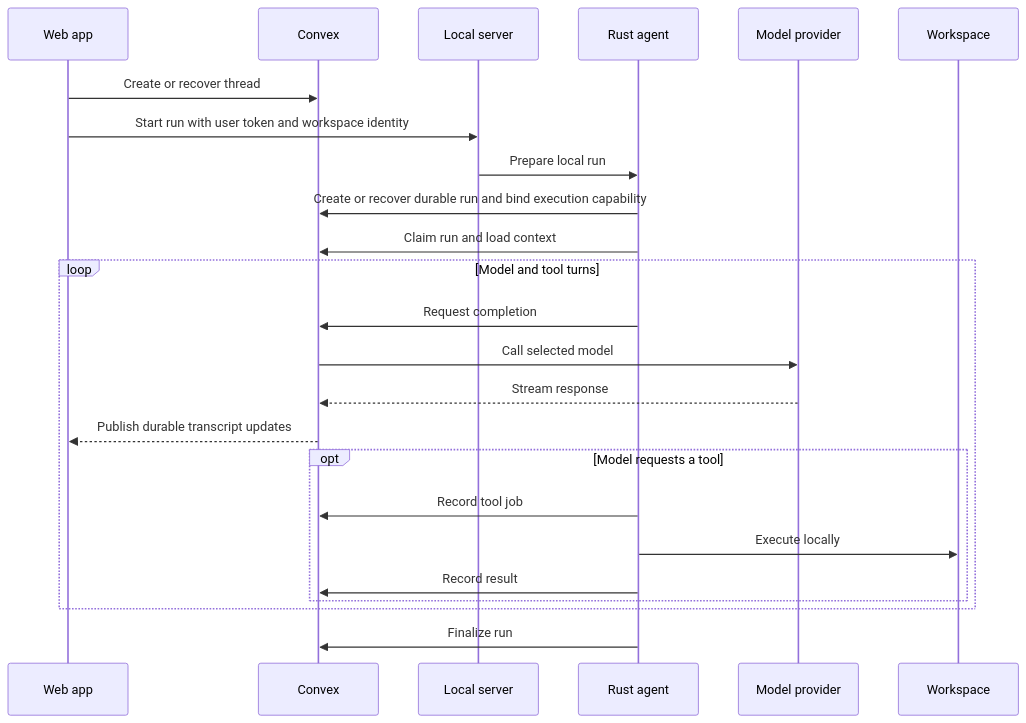
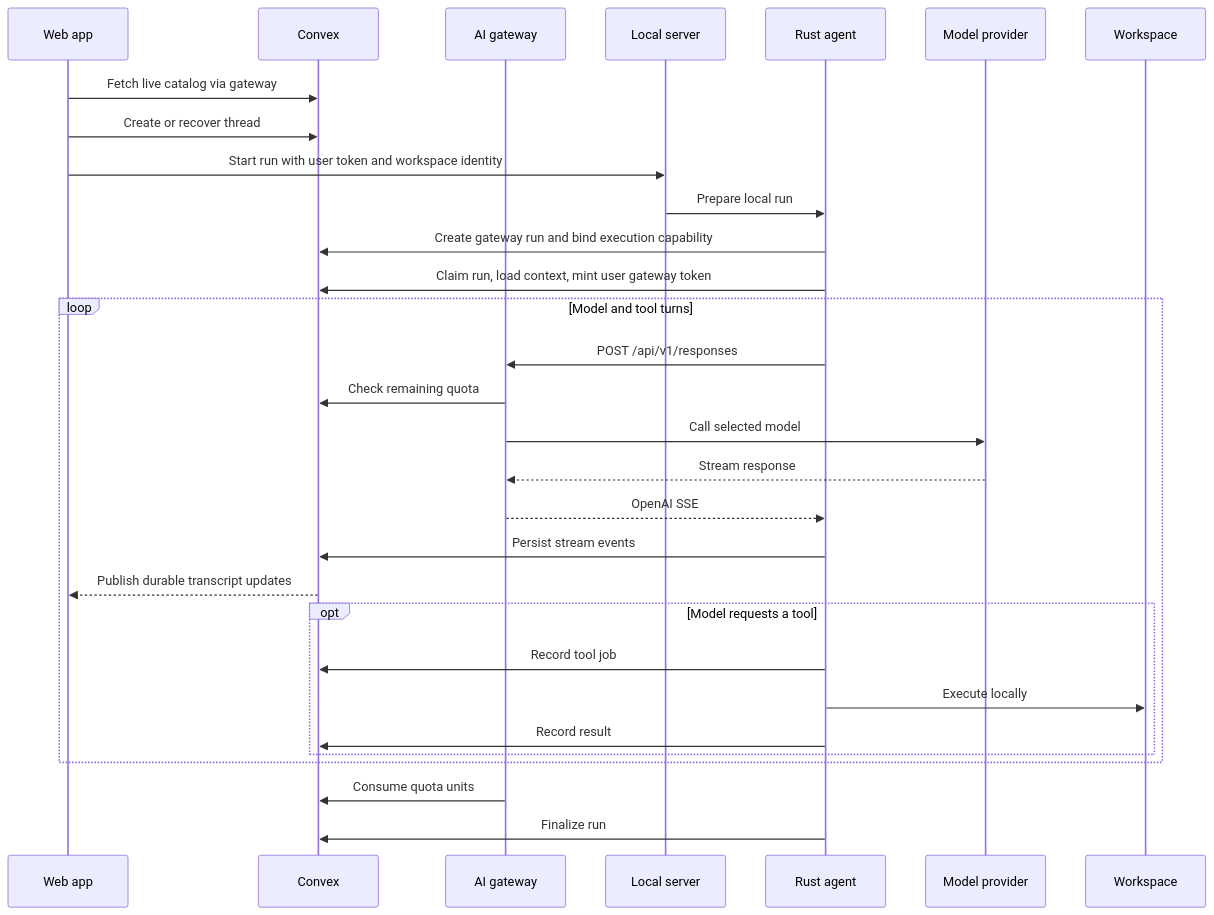
One commit to spikonado/sprocket changed the second of 2 diagrams in ARCHITECTURE.md. Above: the diagram before and after it, drawn with Mermaid. The commit also changed other lines of this file and 146 other files, not shown here.

````diff
--- a/ARCHITECTURE.md
+++ b/ARCHITECTURE.md
@@ -115,27 +121,33 @@
 ```mermaid
 sequenceDiagram
     participant UI as Web app
     participant C as Convex
+    participant G as AI gateway
     participant S as Local server
     participant A as Rust agent
     participant M as Model provider
     participant W as Workspace
 
+    UI->>C: Fetch live catalog via gateway
     UI->>C: Create or recover thread
     UI->>S: Start run with user token and workspace identity
     S->>A: Prepare local run
-    A->>C: Create or recover durable run and bind execution capability
-    A->>C: Claim run and load context
+    A->>C: Create gateway run and bind execution capability
+    A->>C: Claim run, load context, mint user gateway token
     loop Model and tool turns
-        A->>C: Request completion
-        C->>M: Call selected model
-        M-->>C: Stream response
+        A->>G: POST /api/v1/responses
+        G->>C: Check remaining quota
+        G->>M: Call selected model
+        M-->>G: Stream response
+        G-->>A: OpenAI SSE
+        A->>C: Persist stream events
         C-->>UI: Publish durable transcript updates
         opt Model requests a tool
             A->>C: Record tool job
             A->>W: Execute locally
             A->>C: Record result
         end
     end
+    G->>C: Consume quota units
     A->>C: Finalize run
 ```
````
